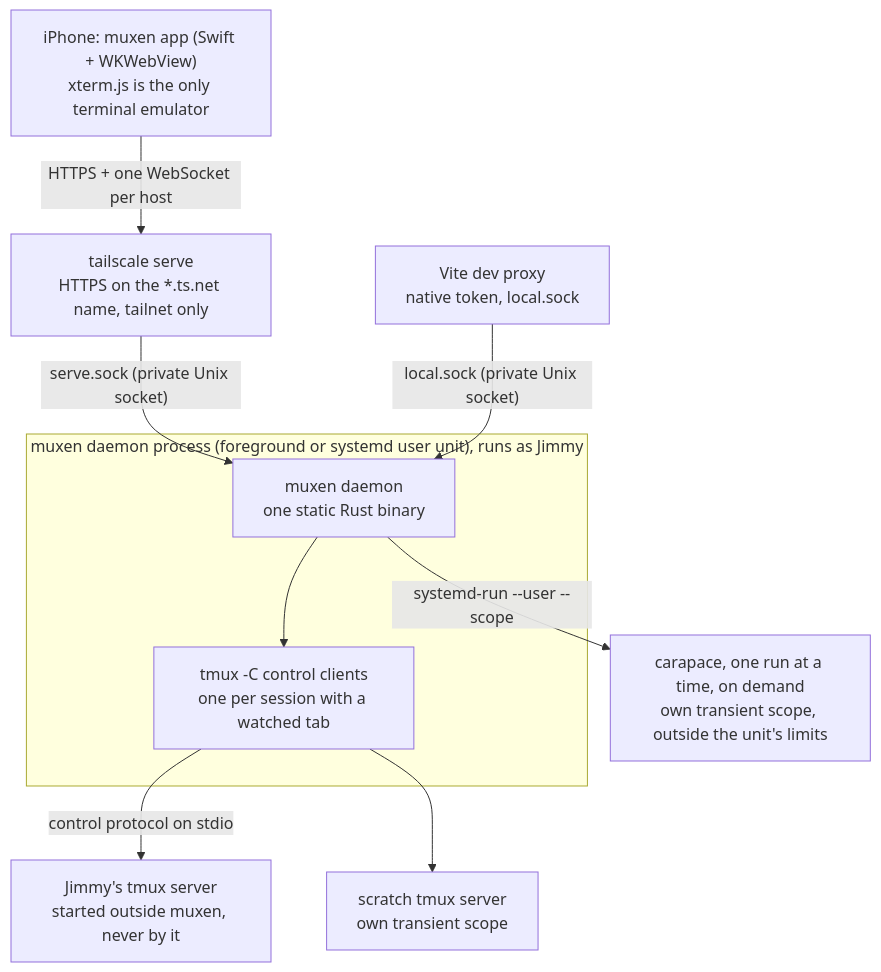
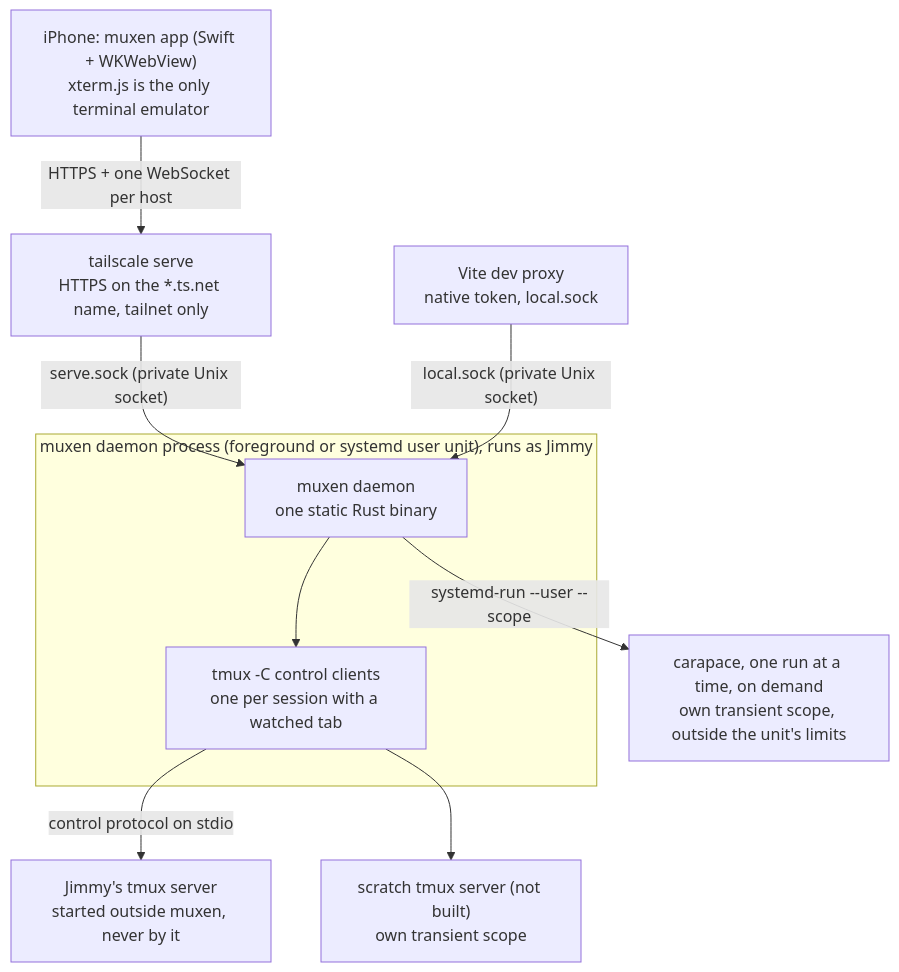
One commit to haowjy/muxen changed the diagram in docs/design/plan.md. Above: the diagram before and after it, drawn with Mermaid. The commit also changed other lines of this file and 3 other files, not shown here.

````diff
--- a/docs/design/plan.md
+++ b/docs/design/plan.md
@@ -147,20 +136,20 @@
 ```mermaid
 flowchart TB
   phone["iPhone: muxen app (Swift + WKWebView)<br/>xterm.js is the only terminal emulator"]
   serve["tailscale serve<br/>HTTPS on the *.ts.net name, tailnet only"]
   subgraph unit["muxen daemon process (foreground or systemd user unit), runs as Jimmy"]
     daemon["muxen daemon<br/>one static Rust binary"]
     cc["tmux -C control clients<br/>one per session with a watched tab"]
   end
   dev["Vite dev proxy<br/>native token, local.sock"]
   carapace["carapace, one run at a time, on demand<br/>own transient scope, outside the unit's limits"]
   tmux["Jimmy's tmux server<br/>started outside muxen, never by it"]
-  scratch["scratch tmux server<br/>own transient scope"]
+  scratch["scratch tmux server (not built)<br/>own transient scope"]
   phone -- "HTTPS + one WebSocket per host" --> serve
   serve -- "serve.sock (private Unix socket)" --> daemon
   dev -- "local.sock (private Unix socket)" --> daemon
   daemon --> cc
   cc -- "control protocol on stdio" --> tmux
   cc --> scratch
   daemon -- "systemd-run --user --scope" --> carapace
 ```
````
